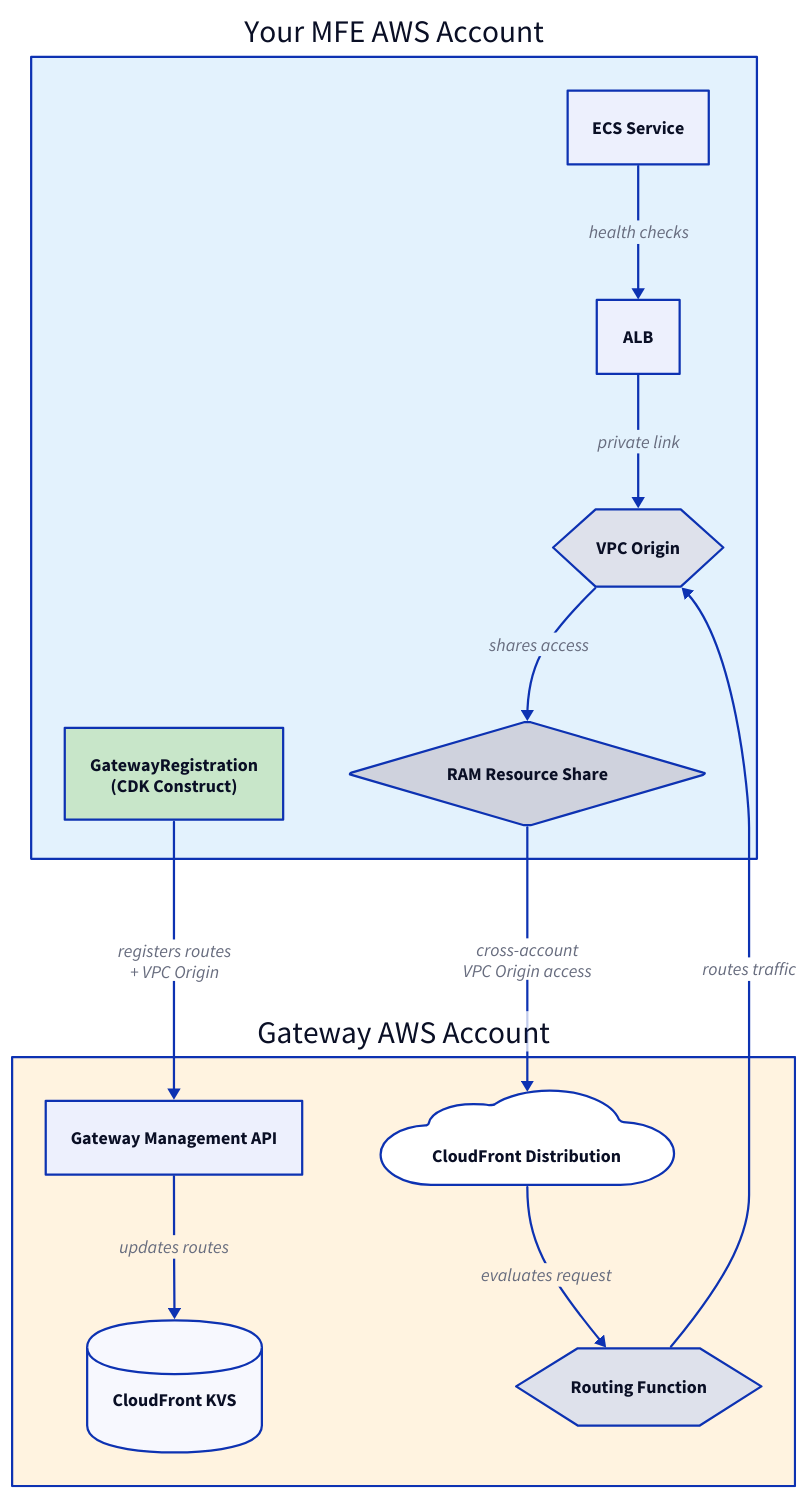
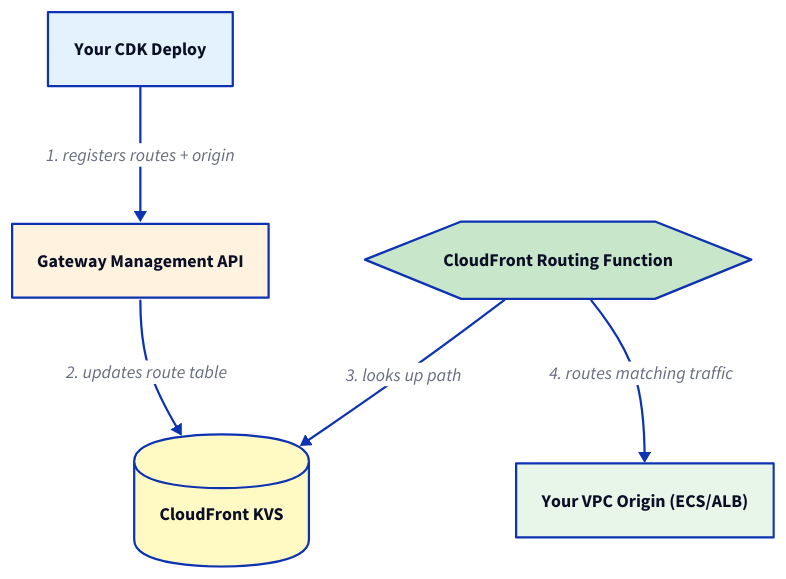
One commit to HemaEcom/developertrainings-golden-path-docs-experiment changed the second of 2 diagrams in src/content/docs/golden-path/gateway/gateway-registration.md. Above: the diagram before and after it, drawn with D2. The commit also changed other lines of this file and 90 other files, not shown here.

````diff
--- a/src/content/docs/golden-path/gateway/gateway-registration.md
+++ b/src/content/docs/golden-path/gateway/gateway-registration.md
@@ -65,53 +69,33 @@
 ```d2
 direction: down
 
-mfe_account: Your MFE AWS Account {
+deploy: "Your CDK Deploy" {
   style.fill: "#E3F2FD"
-
-  ecs: ECS Service {
-    shape: rectangle
-  }
-  alb: ALB {
-    shape: rectangle
-  }
-  vpc_origin: VPC Origin {
-    shape: hexagon
-  }
-  ram: RAM Resource Share {
-    shape: diamond
-  }
-  registration: GatewayRegistration {
-    shape: rectangle
-    style.fill: "#C8E6C9"
-    label: "GatewayRegistration\n(CDK Construct)"
-  }
-
-  ecs -> alb: health checks
-  alb -> vpc_origin: private link
-  vpc_origin -> ram: shares access
+  shape: rectangle
 }
 
-gateway_account: Gateway AWS Account {
+gateway_api: "Gateway Management API" {
   style.fill: "#FFF3E0"
-
-  api: Gateway Management API {
-    shape: rectangle
-  }
-  kvs: CloudFront KVS {
-    shape: cylinder
-  }
-  cf: CloudFront Distribution {
-    shape: cloud
-  }
-  routing_fn: Routing Function {
-    shape: hexagon
-  }
-
-  api -> kvs: "updates routes"
-  cf -> routing_fn: "evaluates request"
+  shape: rectangle
 }
 
-mfe_account.ram -> gateway_account.cf: "cross-account\nVPC Origin access"
-mfe_account.registration -> gateway_account.api: "registers routes\n+ VPC Origin"
-gateway_account.routing_fn -> mfe_account.vpc_origin: "routes traffic"
+kvs: "CloudFront KVS" {
+  style.fill: "#FFF9C4"
+  shape: cylinder
+}
+
+routing_fn: "CloudFront Routing Function" {
+  style.fill: "#C8E6C9"
+  shape: hexagon
+}
+
+your_origin: "Your VPC Origin (ECS/ALB)" {
+  style.fill: "#E8F5E9"
+  shape: rectangle
+}
+
+deploy -> gateway_api: "1. registers routes + origin"
+gateway_api -> kvs: "2. updates route table"
+routing_fn -> kvs: "3. looks up path"
+routing_fn -> your_origin: "4. routes matching traffic"
 ```
````
